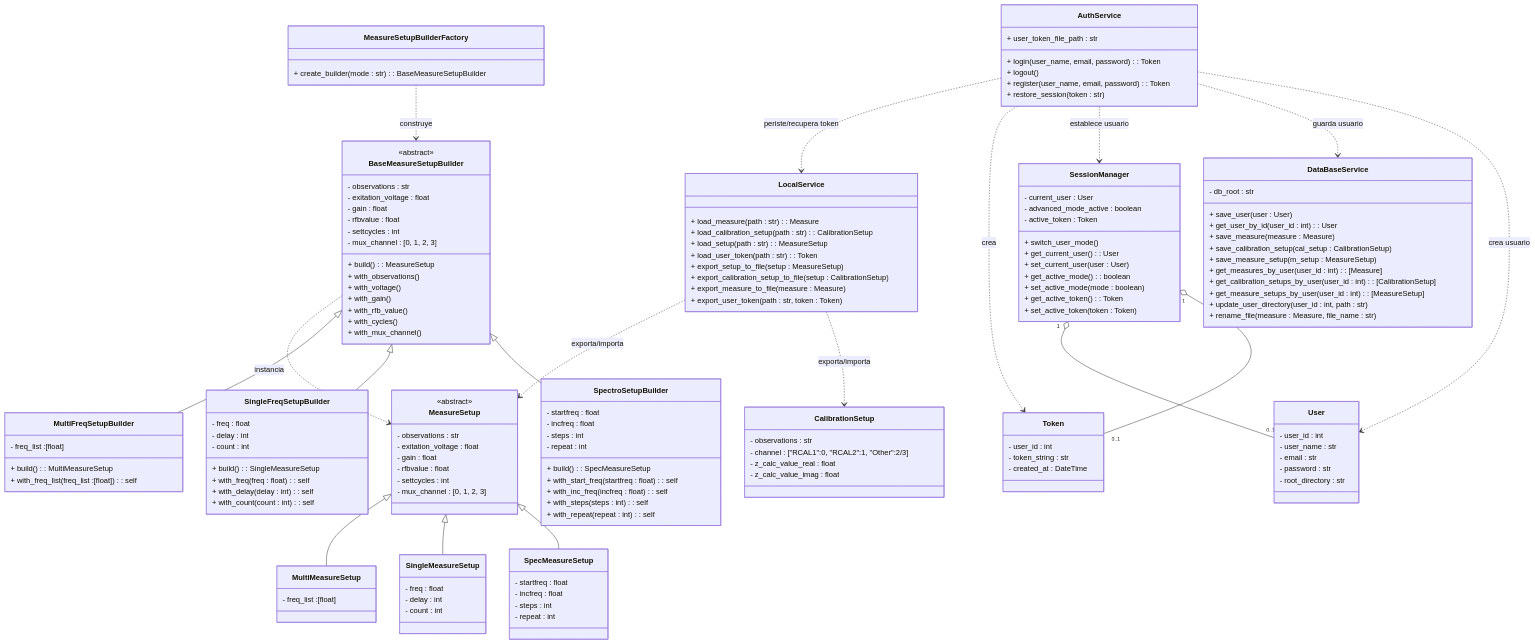
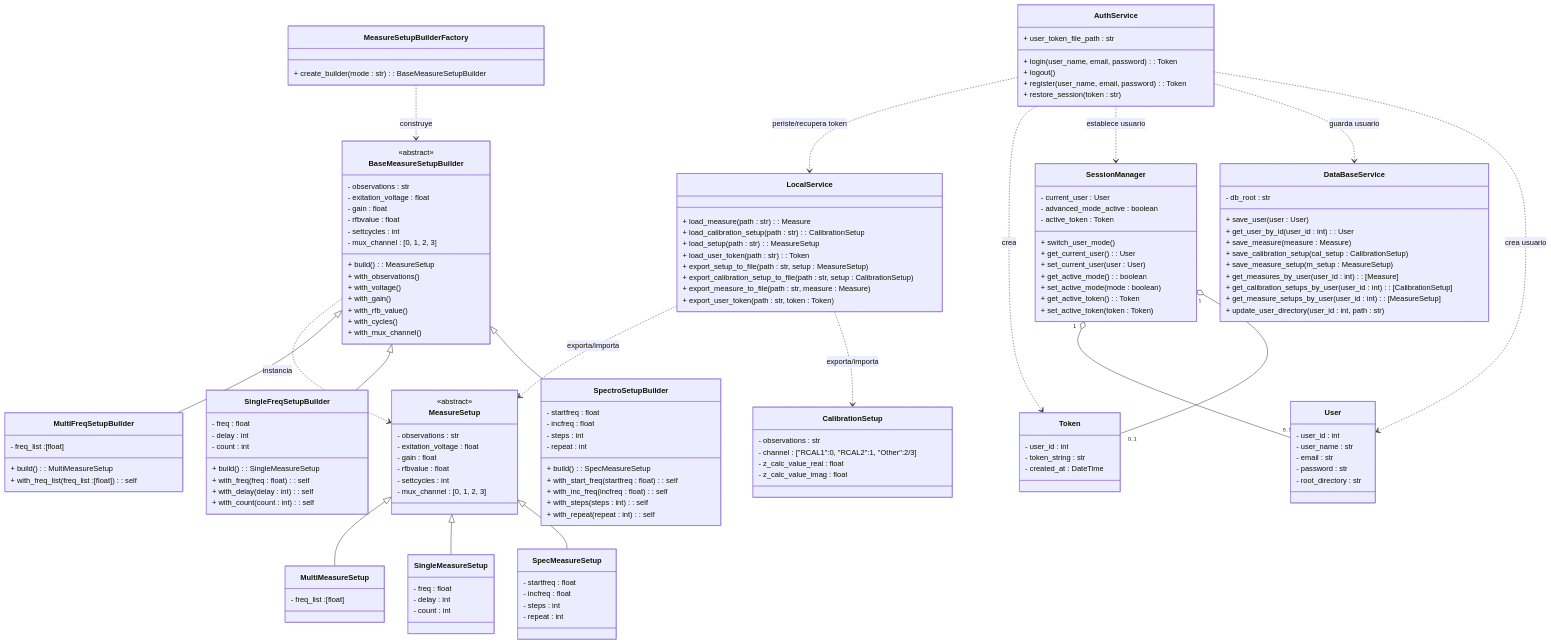
Before and after one commit to alegrelias/Repo-GMini: the fifth of 6 diagrams in Gmini-MarkDown/Diagramas/Clases Conceptuales.md, drawn with Mermaid. The commit also changed other lines of this file, not shown here.

Commit message:
Se modifica diagrama de clases

```diff
--- a/Gmini-MarkDown/Diagramas/Clases Conceptuales.md
+++ b/Gmini-MarkDown/Diagramas/Clases Conceptuales.md
@@ -840,9 +838,9 @@
 	+ load_calibration_setup(path : str) : CalibrationSetup
 	+ load_setup(path : str) : MeasureSetup
 	+ load_user_token(path : str) : Token
-	+ export_setup_to_file(setup : MeasureSetup)
-	+ export_calibration_setup_to_file(setup : CalibrationSetup)
-	+ export_measure_to_file(measure : Measure)
+	+ export_setup_to_file(path : str, setup : MeasureSetup)
+	+ export_calibration_setup_to_file(path : str, setup : CalibrationSetup)
+	+  export_measure_to_file(path : str, measure : Measure)
 	+ export_user_token(path : str, token : Token)
 }
 class DataBaseService{
@@ -857,7 +855,6 @@
 	+ get_calibration_setups_by_user(user_id : int) : [CalibrationSetup]
 	+ get_measure_setups_by_user(user_id : int) : [MeasureSetup]
 	+ update_user_directory(user_id : int, path : str)
-	+ rename_file(measure : Measure, file_name : str)
 }
 
 class MeasureSetup {
```
